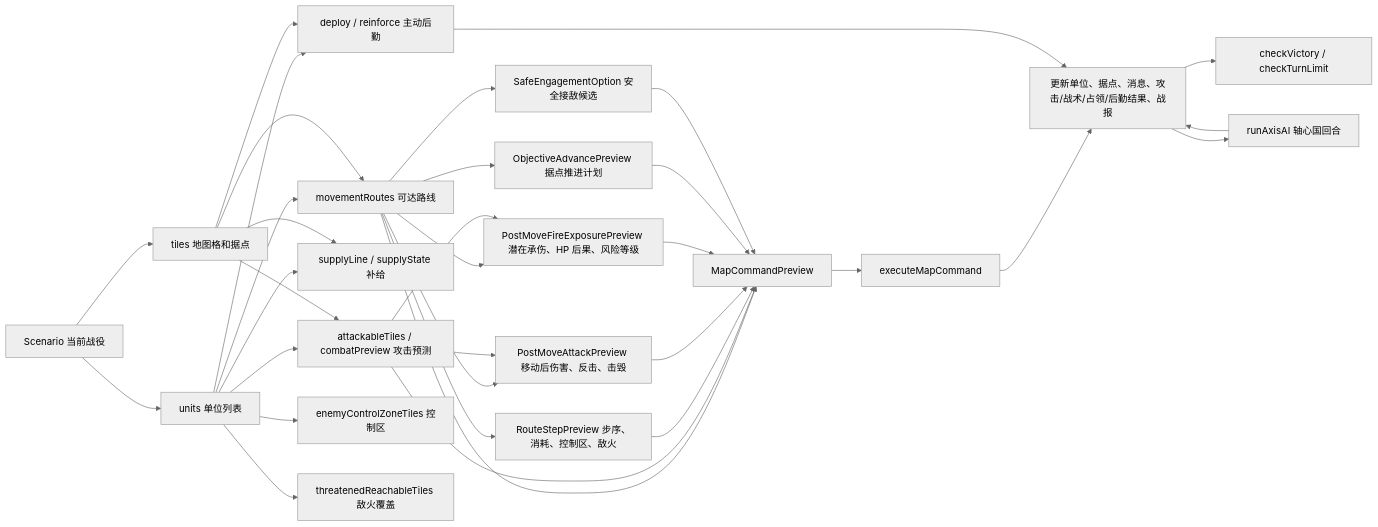
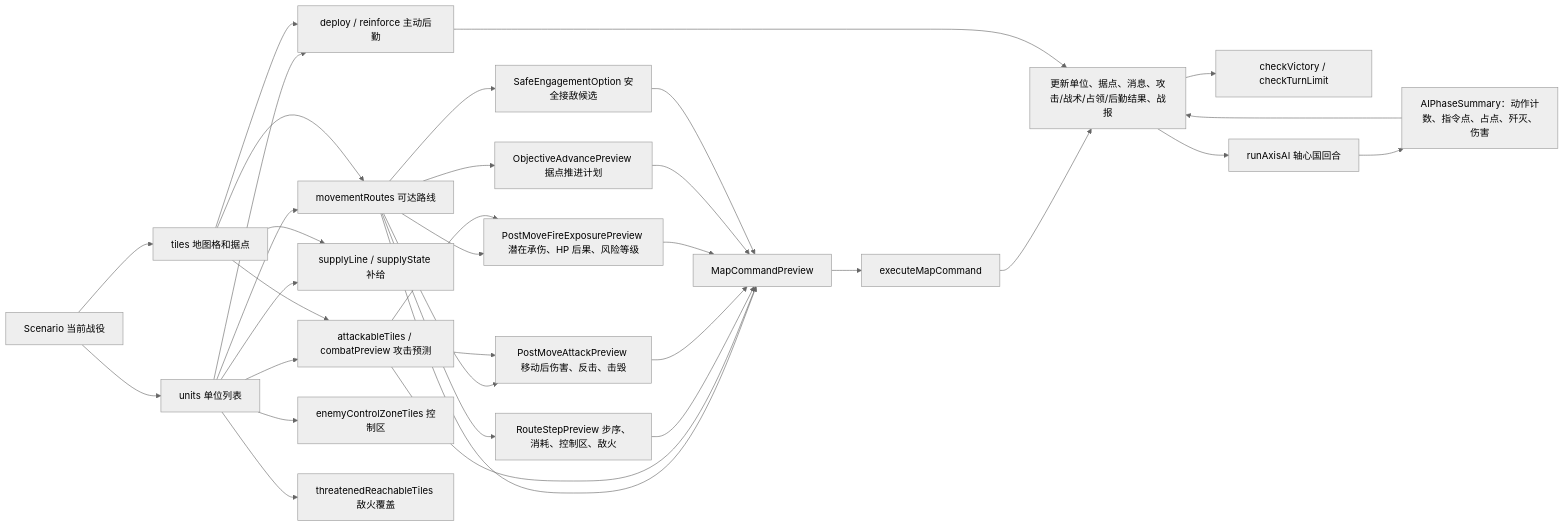
The third of 5 diagrams in md/flow/flowchart.md (Altman-sam114/116), drawn with Mermaid (neutral theme) before and after one commit. The commit also changed other lines of this file and 10 other files, not shown here.

````diff
--- a/md/flow/flowchart.md
+++ b/md/flow/flowchart.md
@@ -53,35 +53,36 @@
 ```mermaid
 flowchart LR
   S["Scenario 当前战役"] --> U["units 单位列表"]
   S --> T["tiles 地图格和据点"]
   U --> MV["movementRoutes 可达路线"]
   T --> MV
   U --> AT["attackableTiles / combatPreview 攻击预测"]
   T --> AT
   U --> SUP["supplyLine / supplyState 补给"]
   T --> SUP
   U --> LOG["deploy / reinforce 主动后勤"]
   T --> LOG
   U --> ZOC["enemyControlZoneTiles 控制区"]
   U --> THR["threatenedReachableTiles 敌火覆盖"]
   MV --> RP["RouteStepPreview 步序、消耗、控制区、敌火"]
   MV --> PM["PostMoveAttackPreview 移动后伤害、反击、击毁"]
   MV --> FP["PostMoveFireExposurePreview 潜在承伤、HP 后果、风险等级"]
   MV --> OP["ObjectiveAdvancePreview 据点推进计划"]
   MV --> SE["SafeEngagementOption 安全接敌候选"]
   AT --> PM
   AT --> FP
   MV --> CMD["MapCommandPreview"]
   AT --> CMD
   RP --> CMD
   PM --> CMD
   FP --> CMD
   OP --> CMD
   SE --> CMD
   CMD --> EX["executeMapCommand"]
   EX --> RES["更新单位、据点、消息、攻击/战术/占领/后勤结果、战报"]
   LOG --> RES
   RES --> WIN["checkVictory / checkTurnLimit"]
   RES --> AI["runAxisAI 轴心国回合"]
-  AI --> RES
+  AI --> AIS["AIPhaseSummary：动作计数、指令点、占点、歼灭、伤害"]
+  AIS --> RES
 ```
````
